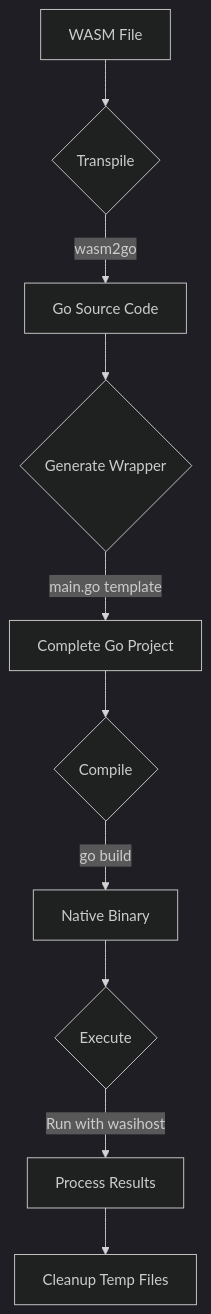
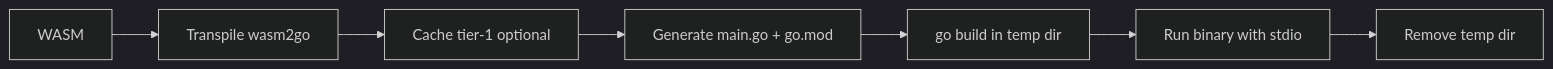
The third of 3 diagrams in ARCHITECTURE.md (lbe/wasm2go-wasi-host), drawn with Mermaid (dark theme) before and after one commit. The commit also changed other lines of this file and 28 other files, not shown here.

````diff
--- a/ARCHITECTURE.md
+++ b/ARCHITECTURE.md
@@ -97,12 +94,9 @@
 ```mermaid
-graph TD
-    A[WASM File] --> B{Transpile}
-    B -->|wasm2go| C[Go Source Code]
-    C --> D{Generate Wrapper}
-    D -->|main.go template| E[Complete Go Project]
-    E --> F{Compile}
-    F -->|go build| G[Native Binary]
-    G --> H{Execute}
-    H -->|Run with wasihost| I[Process Results]
-    I --> J[Cleanup Temp Files]
+graph LR
+    A[WASM] --> B[Transpile wasm2go]
+    B --> C[Cache tier-1 optional]
+    C --> D[Generate main.go + go.mod]
+    D --> E[go build in temp dir]
+    E --> F[Run binary with stdio]
+    F --> G[Remove temp dir]
 ```
````
